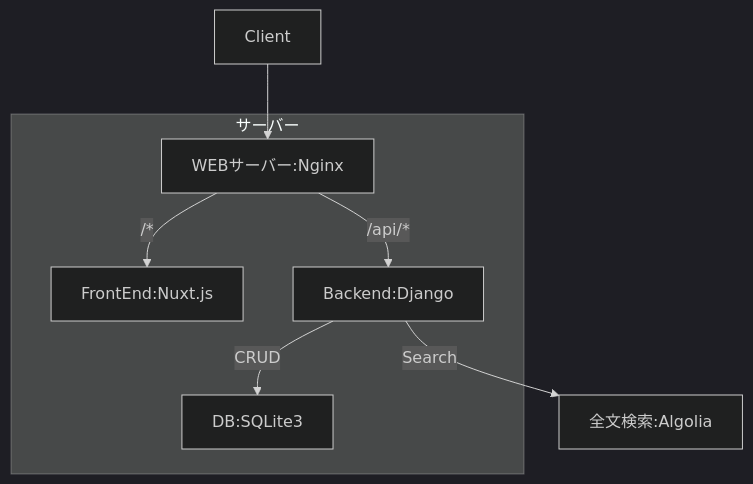
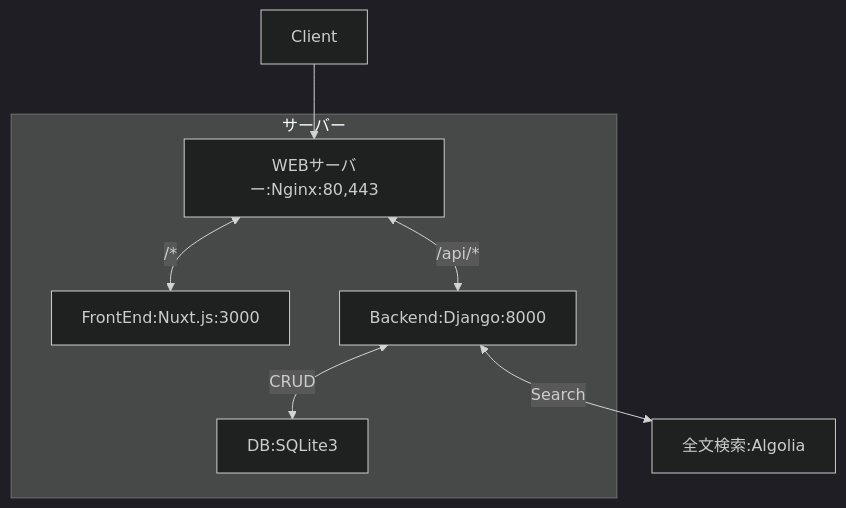
The diagram in textbook/Basic_Infra.md (wasedasai/StudyBook), drawn with Mermaid (dark theme) before and after one commit.

````diff
--- a/textbook/Basic_Infra.md
+++ b/textbook/Basic_Infra.md
@@ -34,10 +34,10 @@
 ```mermaid
 flowchart 
-  Client-->A[WEBサーバー:Nginx]
+  Client-->A[WEBサーバー:Nginx:80,443]
   subgraph サーバー
-  A-->|/*|FrontEnd:Nuxt.js
-  A-->|/api/*|B[Backend:Django]
-  B-->|CRUD|DB:SQLite3
+  A<-->|/*|FrontEnd:Nuxt.js:3000
+  A<-->|/api/*|B[Backend:Django:8000]
+  B<-->|CRUD|DB:SQLite3
   end
-  B-->|Search|全文検索:Algolia
+  B<-->|Search|全文検索:Algolia
 ```
````
